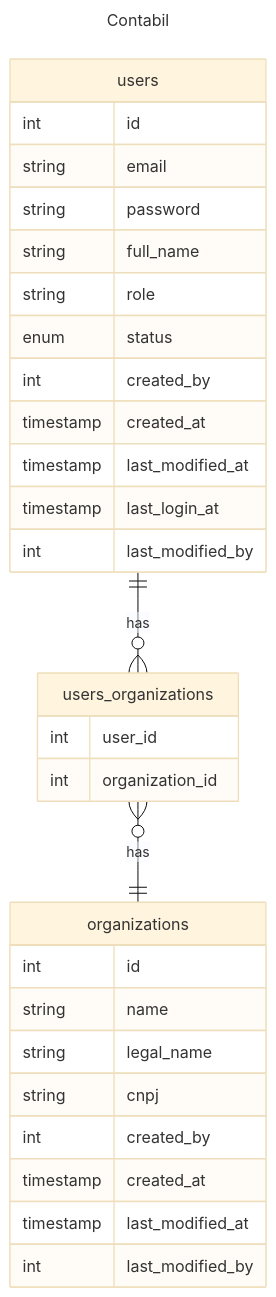
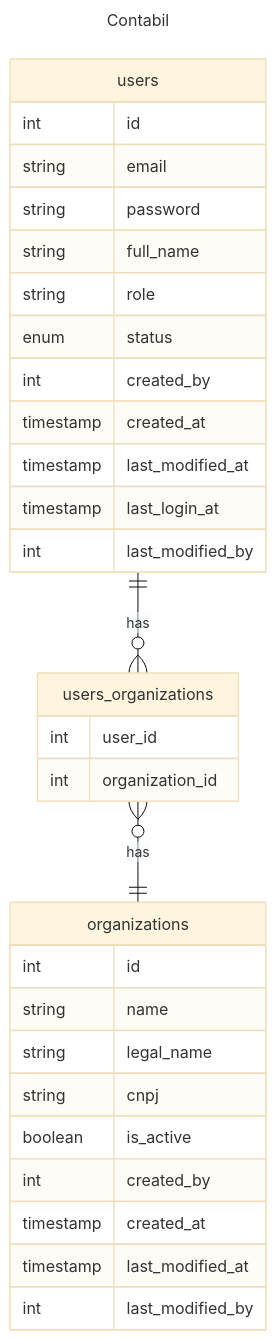
Before and after one commit to JMRwork/Contabil: the diagram in README.MD, drawn with Mermaid (base theme).

Commit message:
add missing organization sql property

````diff
--- a/README.MD
+++ b/README.MD
@@ -66,35 +66,36 @@
 ```mermaid
 ---
 title: Contabil
 ---
 erDiagram
     users ||--o{ users_organizations : has
     users_organizations }o--|| organizations : has
     users {
     	int id
     	string email
     	string password
     	string full_name
     	string role
     	enum status
     	int created_by
     	timestamp created_at
     	timestamp last_modified_at
     	timestamp last_login_at
     	int last_modified_by
     }
     users_organizations {
     	int user_id
     	int organization_id
     }
     organizations {
     	int id
     	string name
     	string legal_name
     	string cnpj
+    	boolean is_active
     	int created_by
     	timestamp created_at
     	timestamp last_modified_at
     	int last_modified_by
     }
 ```
````
